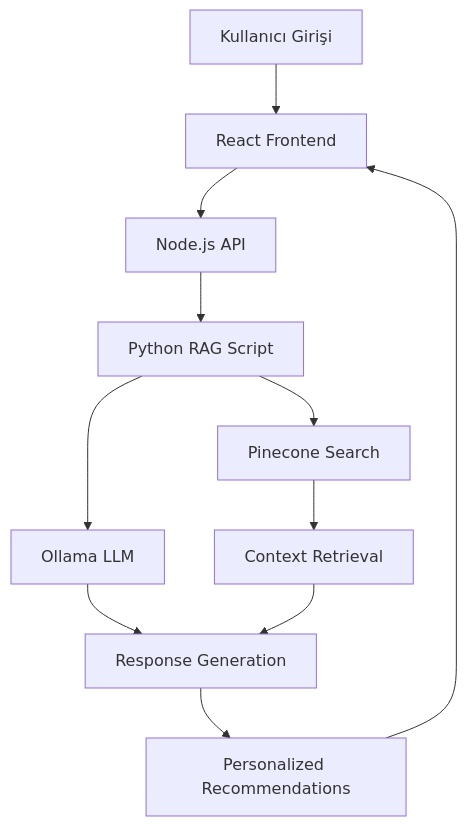
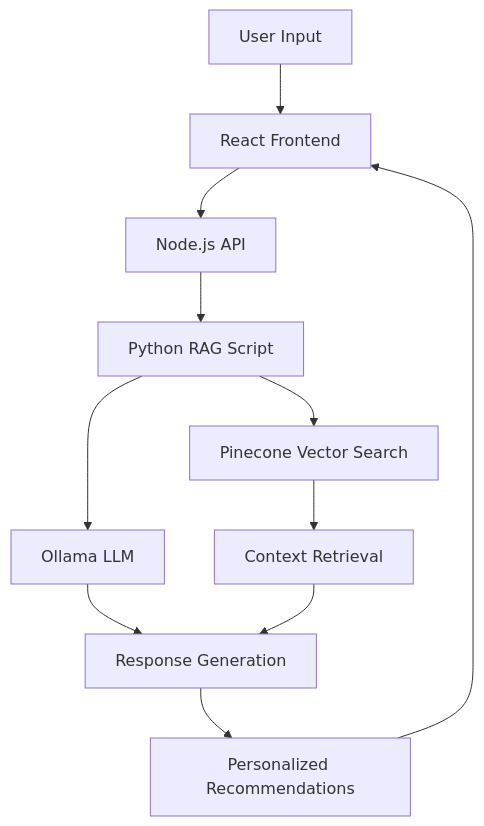
One commit to tufanozkan/travel_planner_AI changed the diagram in README.md. Above: the diagram before and after it, drawn with Mermaid. The commit also changed other lines of this file, not shown here.

````diff
--- a/README.md
+++ b/README.md
@@ -215,13 +215,13 @@
 ```mermaid
 graph TD
-    A[Kullanıcı Girişi] --> B[React Frontend]
+    A[User Input] --> B[React Frontend]
     B --> C[Node.js API]
     C --> D[Python RAG Script]
-    D --> E[Pinecone Search]
+    D --> E[Pinecone Vector Search]
     D --> F[Ollama LLM]
     E --> G[Context Retrieval]
     F --> H[Response Generation]
     G --> H
     H --> I[Personalized Recommendations]
     I --> B
 ```
````
